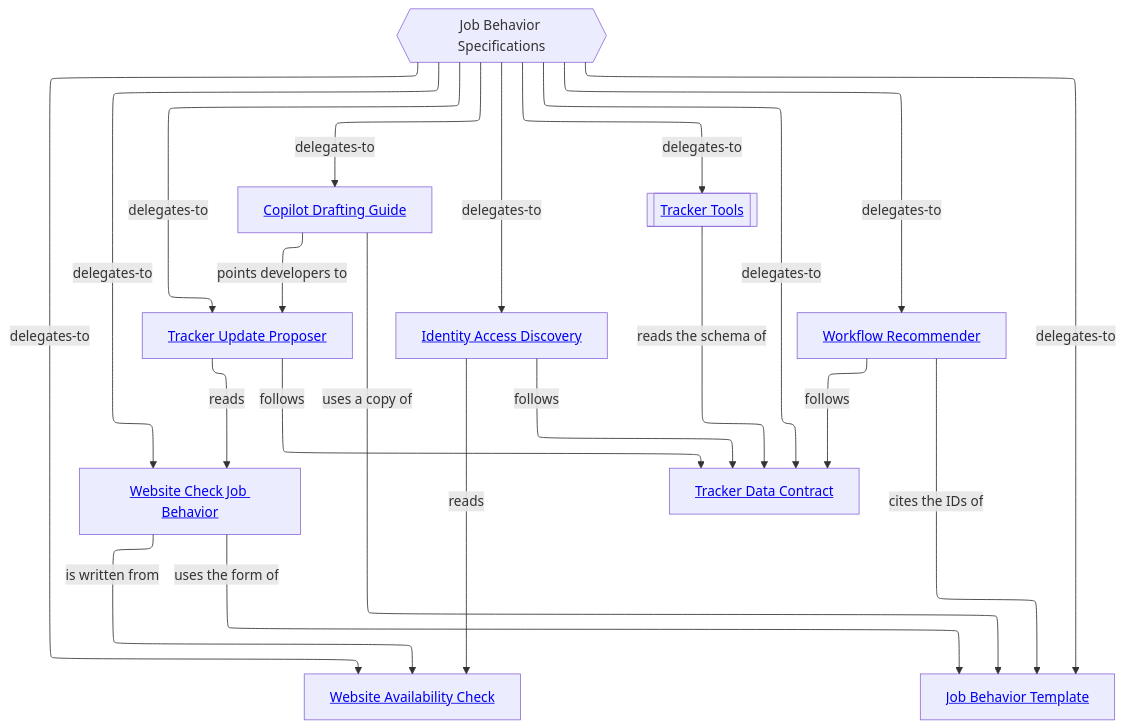
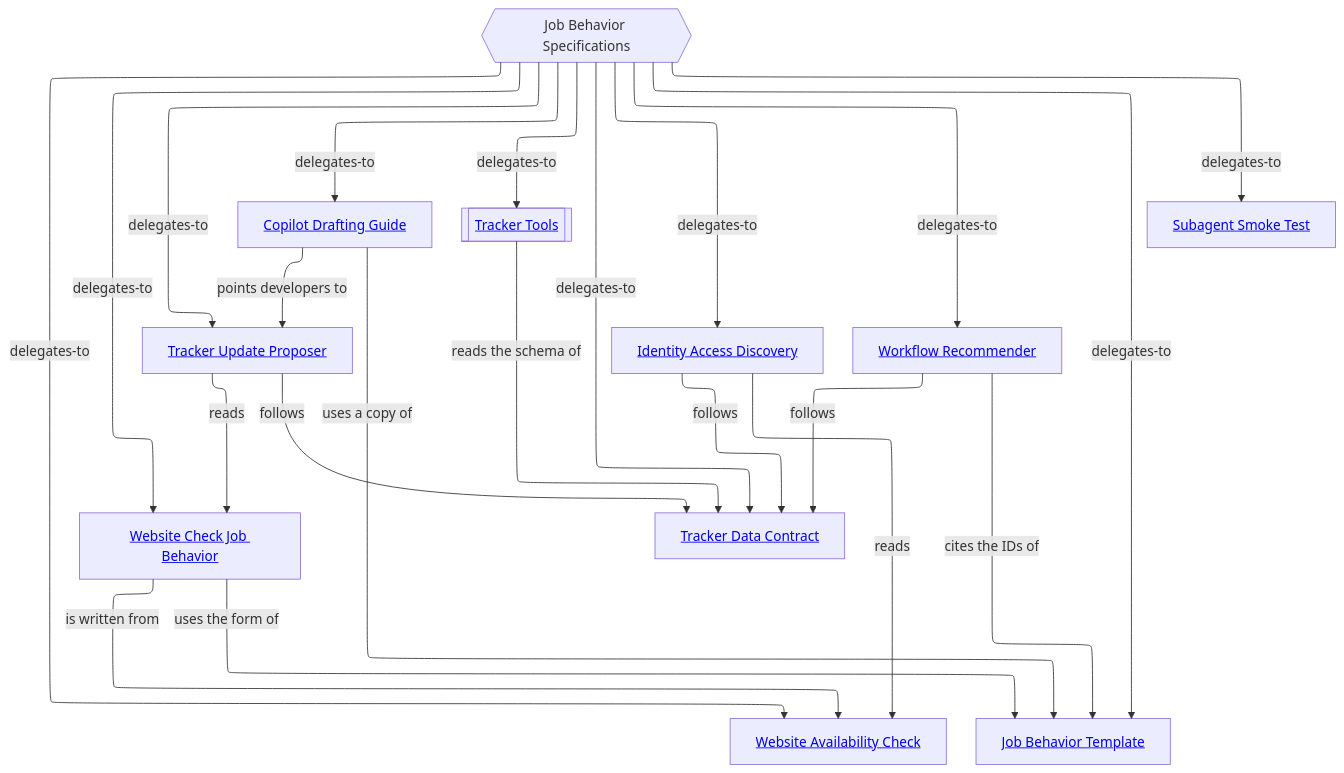
One commit to vrparthasarathy/migration-job-discovery changed the first of 2 diagrams in README.md. Above: the diagram before and after it, drawn with Mermaid. The commit also changed other lines of this file and 11 other files, not shown here.

````diff
--- a/README.md
+++ b/README.md
@@ -41,38 +43,40 @@
 ```mermaid
 ---
 config:
   layout: elk
 ---
 %%{init: {"securityLevel": "loose"}}%%
 flowchart TB
   root{{"Job Behavior Specifications"}}
   check["<a href='website-availability-check/README.md#diagram'>Website Availability Check</a>"]
   tmpl["<a href='job-behavior-template/README.md#diagram'>Job Behavior Template</a>"]
   ref["<a href='website-check-job-behavior/README.md#diagram'>Website Check Job Behavior</a>"]
   guide["<a href='copilot-drafting-guide/README.md#diagram'>Copilot Drafting Guide</a>"]
   contract["<a href='tracker-data-contract/README.md#diagram'>Tracker Data Contract</a>"]
   proposer["<a href='tracker-update-proposer/README.md#diagram'>Tracker Update Proposer</a>"]
   access["<a href='identity-access-discovery/README.md#diagram'>Identity Access Discovery</a>"]
   recommender["<a href='workflow-recommender/README.md#diagram'>Workflow Recommender</a>"]
   tools[["<a href='tracker-tools/README.md#diagram'>Tracker Tools</a>"]]
+  smoke["<a href='subagent-smoke-test/README.md#design'>Subagent Smoke Test</a>"]
   root -->|delegates-to| check
   root -->|delegates-to| tmpl
   root -->|delegates-to| ref
   root -->|delegates-to| guide
   root -->|delegates-to| contract
   root -->|delegates-to| proposer
   root -->|delegates-to| access
   root -->|delegates-to| recommender
   root -->|delegates-to| tools
+  root -->|delegates-to| smoke
   ref -->|"uses the form of"| tmpl
   ref -->|"is written from"| check
   guide -->|"uses a copy of"| tmpl
   guide -->|"points developers to"| proposer
   proposer -->|"follows"| contract
   access -->|"follows"| contract
   recommender -->|"follows"| contract
   tools -->|"reads the schema of"| contract
   proposer -->|"reads"| ref
   access -->|"reads"| check
   recommender -->|"cites the IDs of"| tmpl
 ```
````
